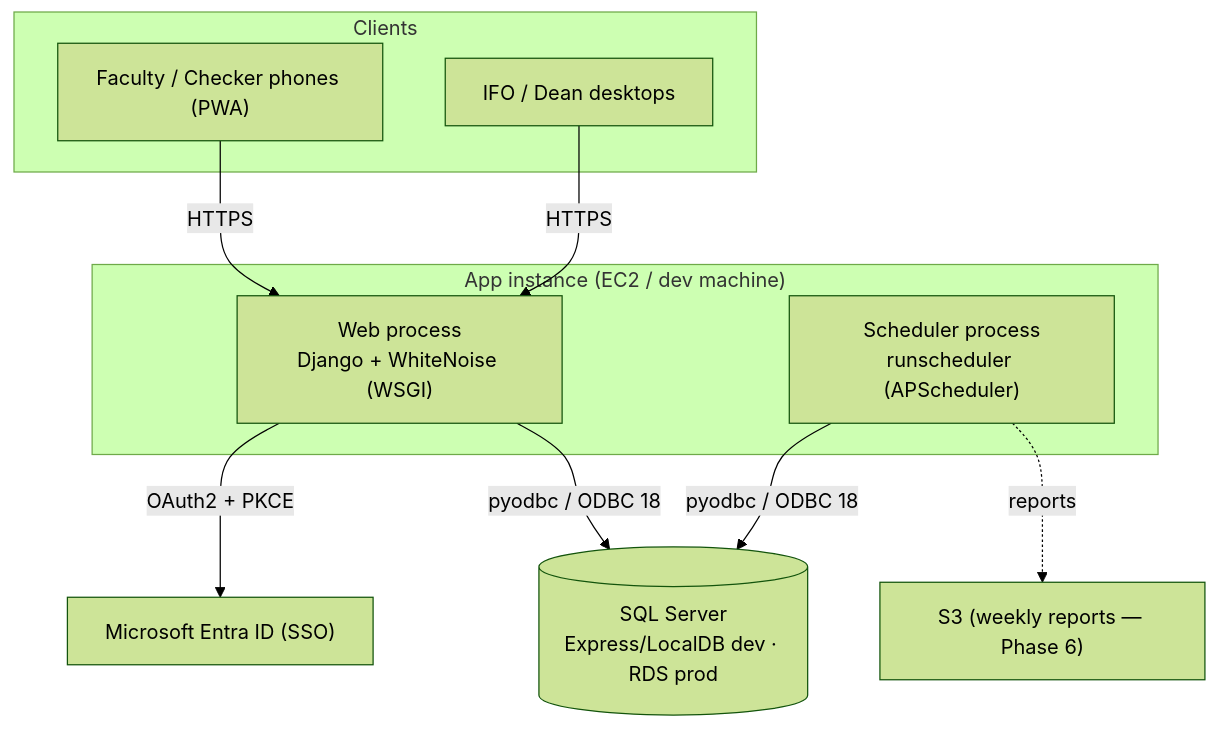
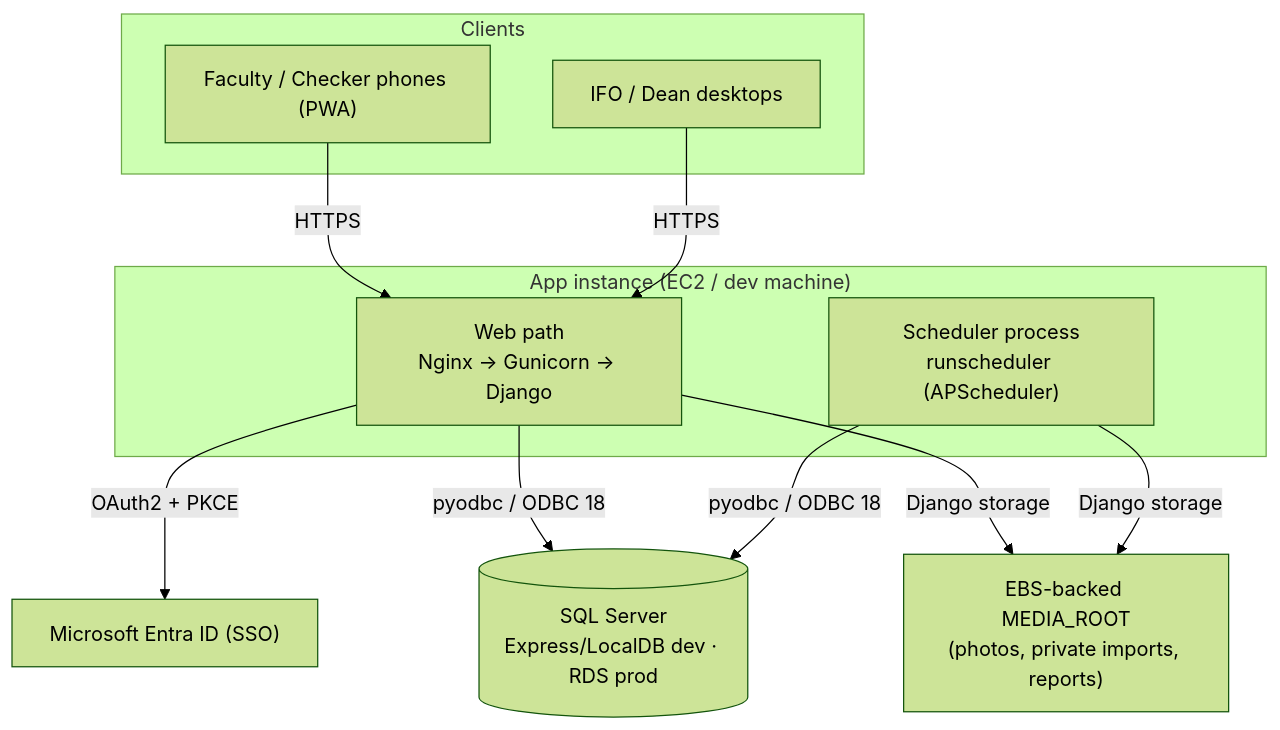
The seventh of 7 diagrams in docs/ARCHITECTURE.md (Shion-main/fluxtrack-main), drawn with Mermaid (forest theme) before and after one commit. The commit also changed other lines of this file and 14 other files, not shown here.

````diff
--- a/docs/ARCHITECTURE.md
+++ b/docs/ARCHITECTURE.md
@@ -325,23 +338,24 @@
 ```mermaid
 flowchart TB
     subgraph Client["Clients"]
         FP["Faculty / Checker phones (PWA)"]
         DT["IFO / Dean desktops"]
     end
 
     subgraph Instance["App instance (EC2 / dev machine)"]
-        Web["Web process<br/>Django + WhiteNoise (WSGI)"]
+        Web["Web path<br/>Nginx → Gunicorn → Django"]
         Sched["Scheduler process<br/>runscheduler (APScheduler)"]
     end
 
     Entra["Microsoft Entra ID (SSO)"]
     DB[("SQL Server<br/>Express/LocalDB dev · RDS prod")]
-    S3["S3 (weekly reports — Phase 6)"]
+    Media["EBS-backed MEDIA_ROOT<br/>(photos, private imports, reports)"]
 
     FP -->|HTTPS| Web
     DT -->|HTTPS| Web
     Web -->|OAuth2 + PKCE| Entra
     Web -->|pyodbc / ODBC 18| DB
     Sched -->|pyodbc / ODBC 18| DB
-    Sched -.->|reports| S3
+    Web -->|Django storage| Media
+    Sched -->|Django storage| Media
 ```
````
